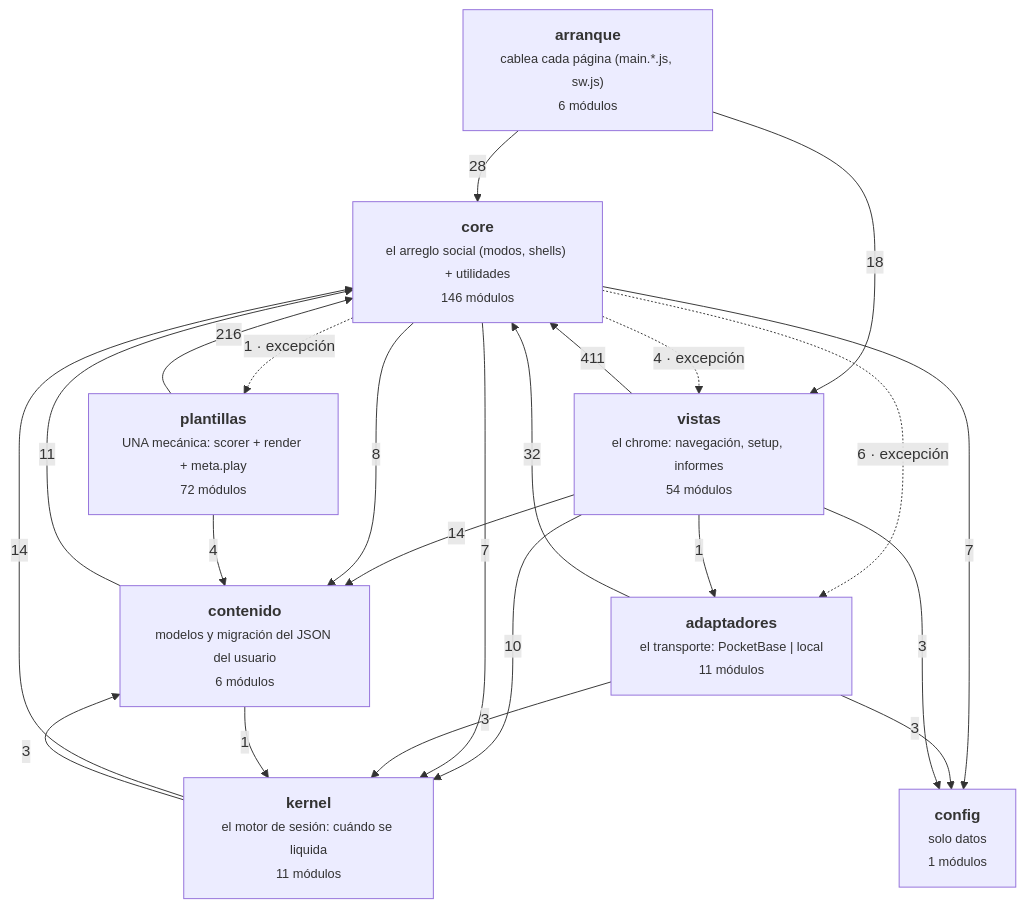
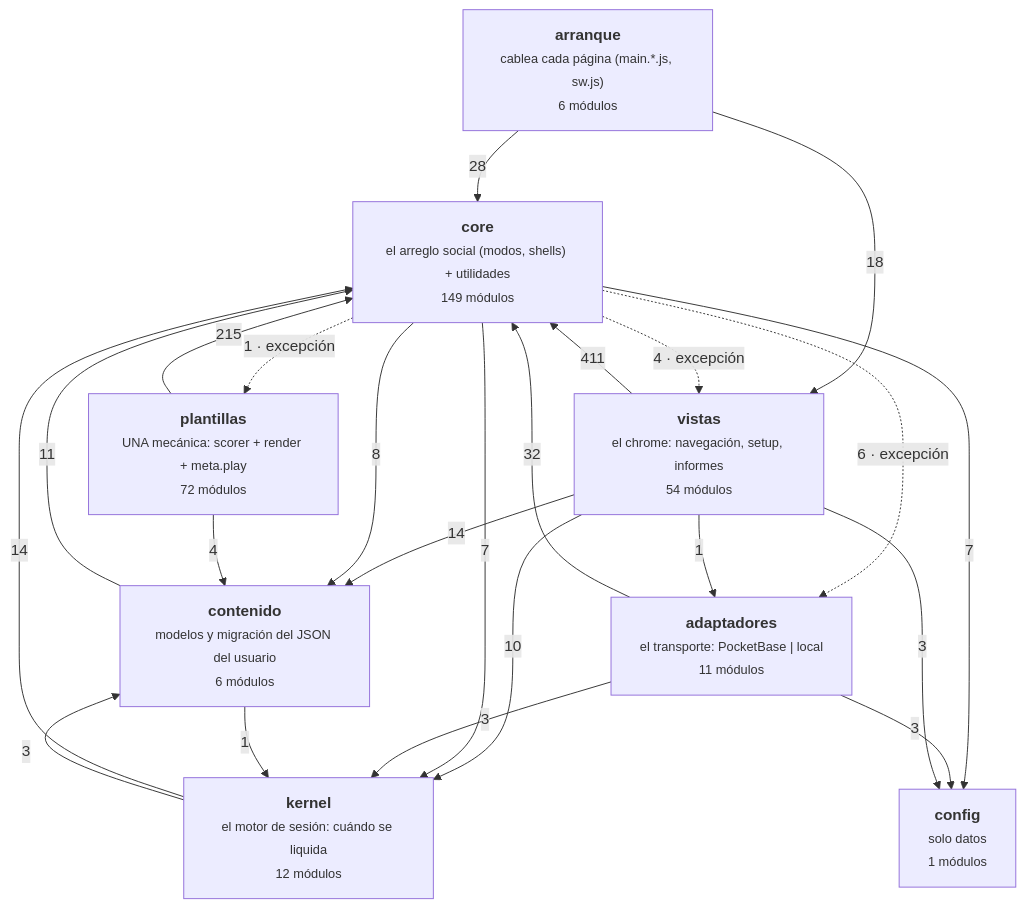
The diagram in docs/arquitectura-modulos.md (duecaz/ac), drawn with Mermaid before and after one commit. The commit also changed other lines of this file and 63 other files, not shown here.

````diff
--- a/docs/arquitectura-modulos.md
+++ b/docs/arquitectura-modulos.md
@@ -56,33 +56,33 @@
 ```mermaid
 graph TD
   A["<b>arranque</b><br/><small>cablea cada página (main.*.js, sw.js)</small><br/><small>6 módulos</small>"]
   V["<b>vistas</b><br/><small>el chrome: navegación, setup, informes</small><br/><small>54 módulos</small>"]
   AD["<b>adaptadores</b><br/><small>el transporte: PocketBase | local</small><br/><small>11 módulos</small>"]
-  C["<b>core</b><br/><small>el arreglo social (modos, shells) + utilidades</small><br/><small>146 módulos</small>"]
-  K["<b>kernel</b><br/><small>el motor de sesión: cuándo se liquida</small><br/><small>11 módulos</small>"]
+  C["<b>core</b><br/><small>el arreglo social (modos, shells) + utilidades</small><br/><small>149 módulos</small>"]
+  K["<b>kernel</b><br/><small>el motor de sesión: cuándo se liquida</small><br/><small>12 módulos</small>"]
   T["<b>plantillas</b><br/><small>UNA mecánica: scorer + render + meta.play</small><br/><small>72 módulos</small>"]
   CO["<b>contenido</b><br/><small>modelos y migración del JSON del usuario</small><br/><small>6 módulos</small>"]
   CF["<b>config</b><br/><small>solo datos</small><br/><small>1 módulos</small>"]
   V -->|411| C
-  T -->|216| C
+  T -->|215| C
   AD -->|32| C
   A -->|28| C
   A -->|18| V
   K -->|14| C
   V -->|14| CO
   CO -->|11| C
   V -->|10| K
   C -->|8| CO
   C -->|7| K
   C -->|7| CF
   C -.->|6 · excepción| AD
   C -.->|4 · excepción| V
   T -->|4| CO
   AD -->|3| CF
   AD -->|3| K
   K -->|3| CO
   V -->|3| CF
   C -.->|1 · excepción| T
   CO -->|1| K
   V -->|1| AD
 ```
````
